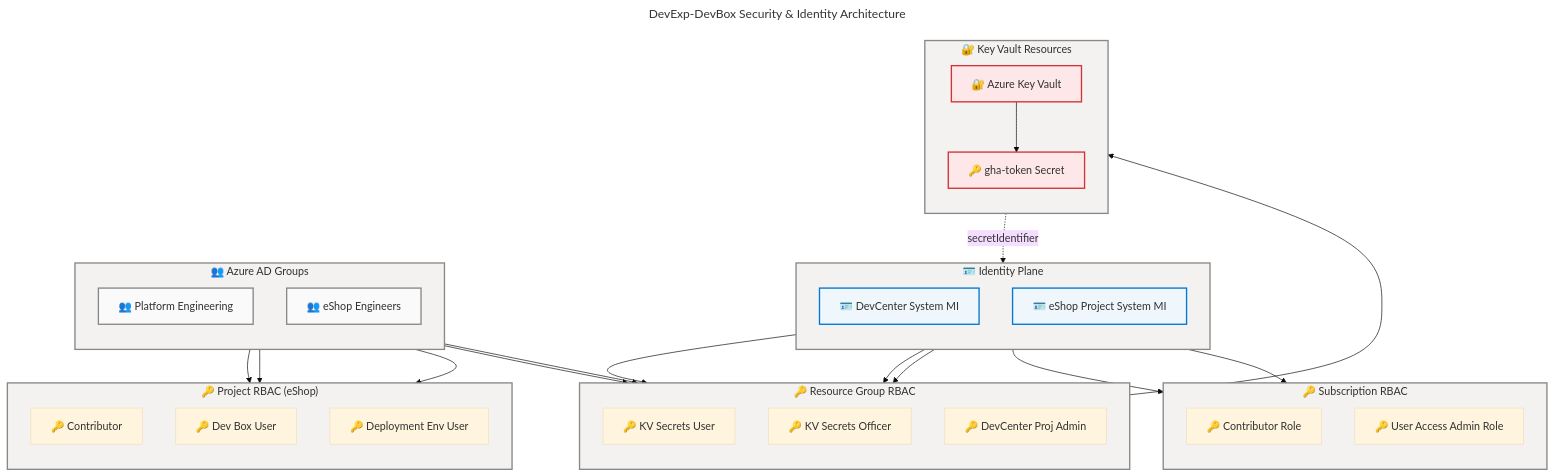
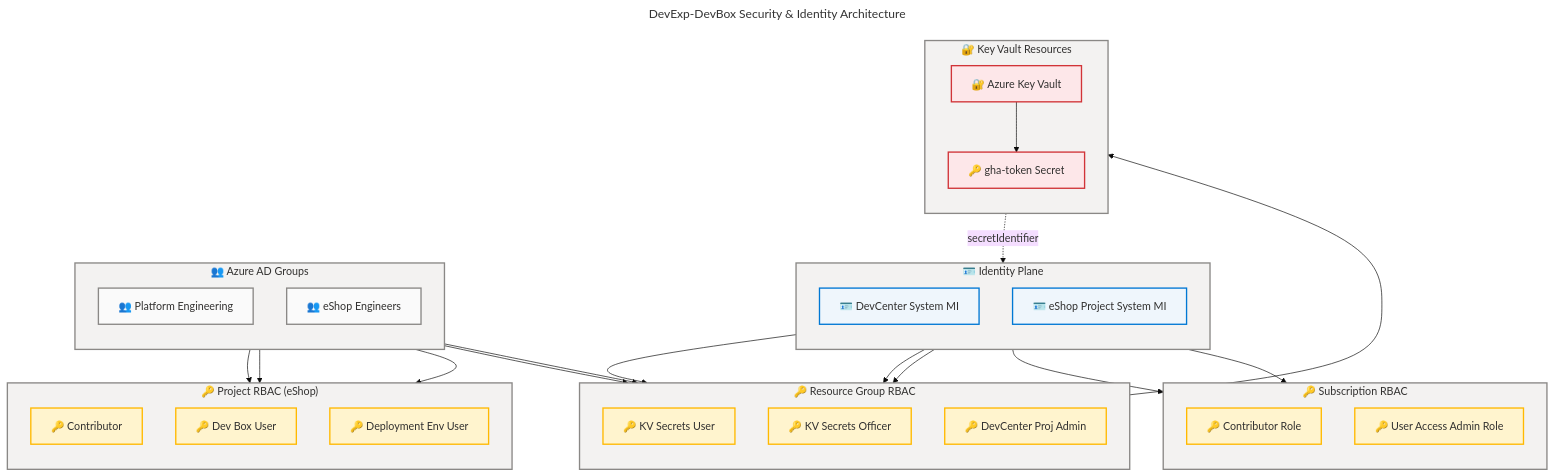
One commit to Evilazaro/DevExp-DevBox changed the third of 8 diagrams in docs/architecture/tech-arch.md. Above: the diagram before and after it, drawn with Mermaid. The commit also changed other lines of this file and 2 other files, not shown here.

Commit message:
Refactor architecture diagrams for improved semantic clarity, accessibility compliance, and consistent styling

````diff
--- a/docs/architecture/tech-arch.md
+++ b/docs/architecture/tech-arch.md
@@ -794,7 +798,7 @@
 ---
 flowchart TB
     accTitle: DevExp-DevBox Security and Identity Architecture
-    accDescr: Security and identity component chain showing Managed Identity role assignments, Key Vault access, and RBAC enforcement for Azure DevCenter and eShop project. WCAG AA compliant.
+    accDescr: Security and identity component chain showing Managed Identity role assignments, Key Vault access, and RBAC enforcement for Azure DevCenter and eShop project. DC_MI=core, PROJ_MI=core, CONTRIB_ROLE=warning, UAA_ROLE=warning, KV_USER_ROLE=warning, KV_OFFICER_ROLE=warning, DC_PROJ_ADMIN=warning, PROJ_CONTRIB=warning, DEVBOX_USER=warning, ENV_USER=warning, PE_GROUP=neutral, ESHOP_GROUP=neutral, KV_VAULT=danger, GHA_TOKEN=danger. WCAG AA compliant.
 
     %% ═══════════════════════════════════════════════════════════════
     %% AZURE / FLUENT ARCHITECTURE PATTERN v2.0
@@ -809,22 +813,22 @@
 
     subgraph RBAC_SUB["🔑 Subscription RBAC"]
         direction TB
-        CONTRIB_ROLE["🔑 Contributor Role"]:::security
-        UAA_ROLE["🔑 User Access Admin Role"]:::security
+        CONTRIB_ROLE["🔑 Contributor Role"]:::warning
+        UAA_ROLE["🔑 User Access Admin Role"]:::warning
     end
 
     subgraph RBAC_RG["🔑 Resource Group RBAC"]
         direction TB
-        KV_USER_ROLE["🔑 KV Secrets User"]:::security
-        KV_OFFICER_ROLE["🔑 KV Secrets Officer"]:::security
-        DC_PROJ_ADMIN["🔑 DevCenter Proj Admin"]:::security
+        KV_USER_ROLE["🔑 KV Secrets User"]:::warning
+        KV_OFFICER_ROLE["🔑 KV Secrets Officer"]:::warning
+        DC_PROJ_ADMIN["🔑 DevCenter Proj Admin"]:::warning
     end
 
     subgraph RBAC_PROJ["🔑 Project RBAC (eShop)"]
         direction TB
-        PROJ_CONTRIB["🔑 Contributor"]:::security
-        DEVBOX_USER["🔑 Dev Box User"]:::security
-        ENV_USER["🔑 Deployment Env User"]:::security
+        PROJ_CONTRIB["🔑 Contributor"]:::warning
+        DEVBOX_USER["🔑 Dev Box User"]:::warning
+        ENV_USER["🔑 Deployment Env User"]:::warning
     end
 
     subgraph AADGROUPS["👥 Azure AD Groups"]
@@ -864,4 +868,6 @@
     classDef core     fill:#EFF6FC,stroke:#0078D4,stroke-width:2px,color:#323130
     classDef warning  fill:#FFF4CE,stroke:#FFB900,stroke-width:2px,color:#323130
     classDef danger   fill:#FDE7E9,stroke:#D13438,stroke-width:2px,color:#323130
+
+%% ✅ Mermaid Verification: 5/5 | Score: 100/100 | Diagrams: 1 | Violations: 0
 ```
````
